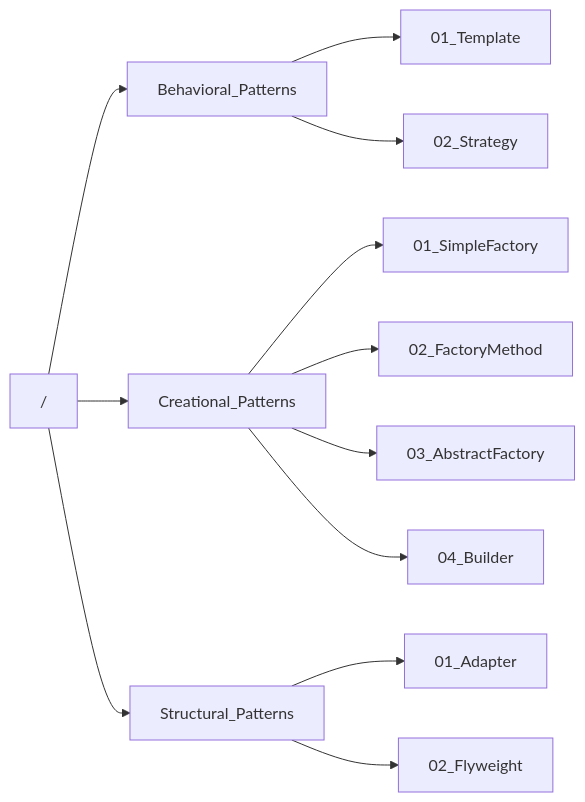
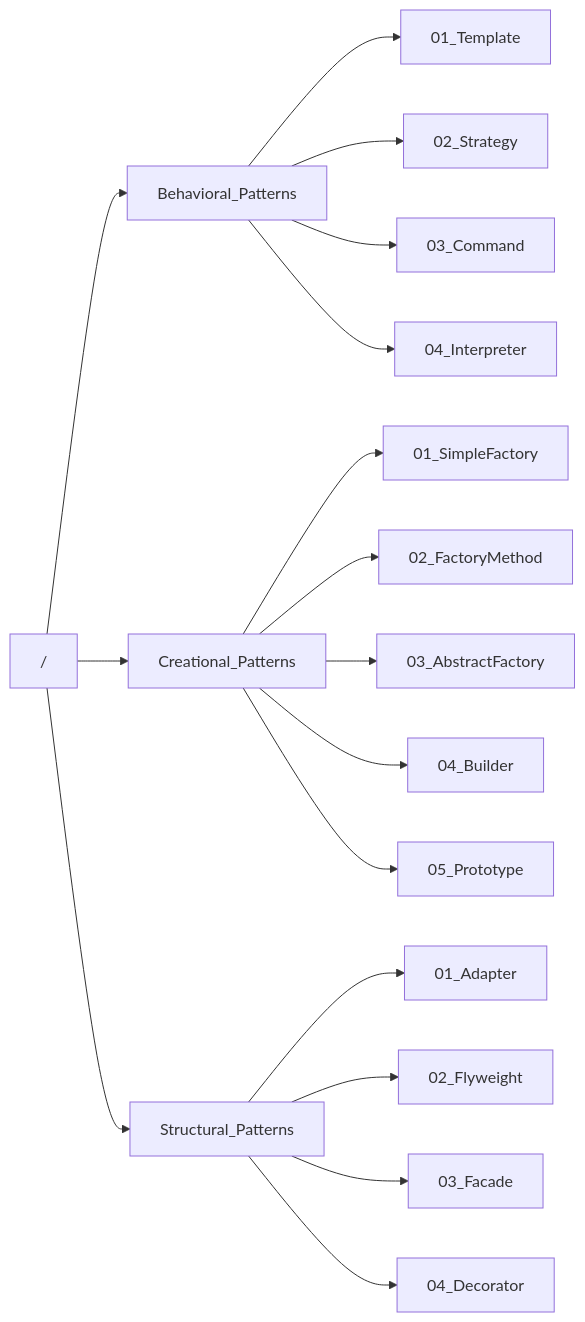
Before and after one commit to Wwwmmxxx/design-pattern: the diagram in README.md, drawn with Mermaid. The commit also changed other lines of this file and 4 other files, not shown here.

````diff
--- a/README.md
+++ b/README.md
@@ -7,17 +7,22 @@
 ```mermaid
 graph LR;
 
 / --> Behavioral_Patterns
 Behavioral_Patterns --> 01_Template
 Behavioral_Patterns --> 02_Strategy
+Behavioral_Patterns --> 03_Command
+Behavioral_Patterns --> 04_Interpreter
 
 / --> Creational_Patterns
 Creational_Patterns --> 01_SimpleFactory
 Creational_Patterns --> 02_FactoryMethod
 Creational_Patterns --> 03_AbstractFactory
 Creational_Patterns --> 04_Builder
+Creational_Patterns --> 05_Prototype
 
 / --> Structural_Patterns
 Structural_Patterns --> 01_Adapter
 Structural_Patterns --> 02_Flyweight
+Structural_Patterns --> 03_Facade
+Structural_Patterns --> 04_Decorator
 ```
````
